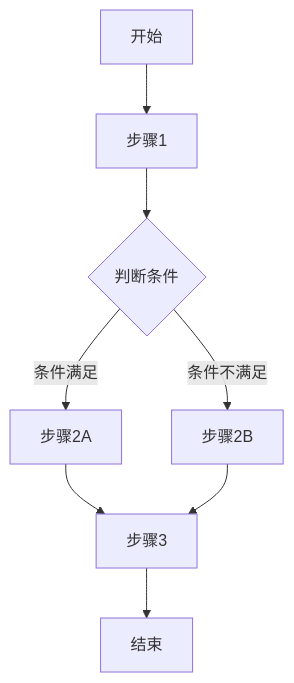
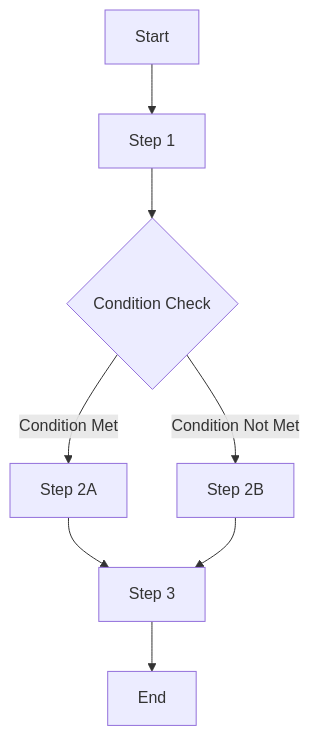
Before and after one commit to mjczz/project-analyzer: the seventh of 16 diagrams in TEMPLATE.md, drawn with Mermaid. The commit also changed other lines of this file and 8 other files, not shown here.

````diff
--- a/TEMPLATE.md
+++ b/TEMPLATE.md
@@ -323,10 +323,10 @@
 ```mermaid
 flowchart TD
-    A[开始] --> B[步骤1]
-    B --> C{判断条件}
-    C -->|条件满足| D[步骤2A]
-    C -->|条件不满足| E[步骤2B]
-    D --> F[步骤3]
+    A[Start] --> B[Step 1]
+    B --> C{Condition Check}
+    C -->|Condition Met| D[Step 2A]
+    C -->|Condition Not Met| E[Step 2B]
+    D --> F[Step 3]
     E --> F
-    F --> G[结束]
+    F --> G[End]
 ```
````
